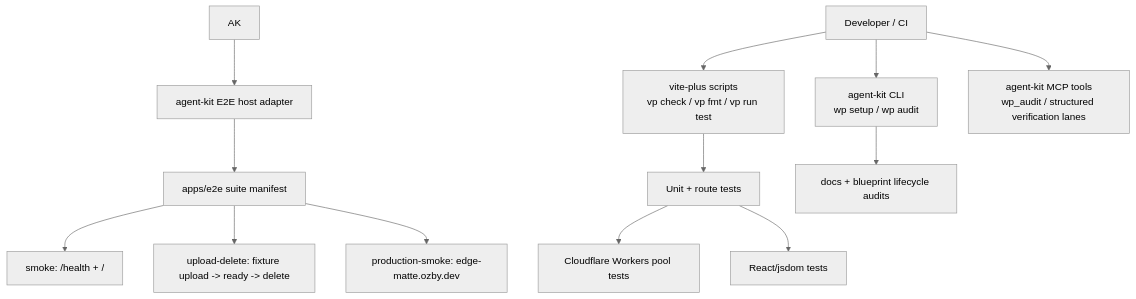
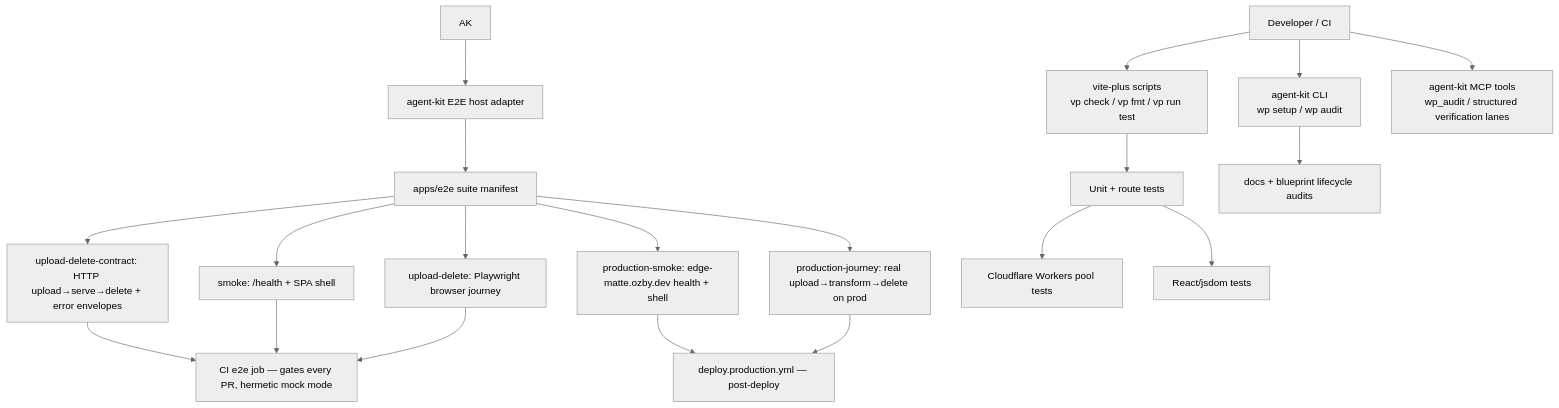
The eighth of 10 diagrams in docs/architecture.md (ozby/edge-matte), drawn with Mermaid (neutral theme) before and after one commit. The commit also changed other lines of this file and 20 other files, not shown here.

First line of the commit message:
test(e2e): full-fledged CI-green journey suite + fix delete-confirm panel

````diff
--- a/docs/architecture.md
+++ b/docs/architecture.md
@@ -256,18 +256,26 @@
 ```mermaid
 flowchart TD
     DEV[Developer / CI] --> VP[vite-plus scripts<br/>vp check / vp fmt / vp run test]
     DEV --> WP[agent-kit CLI<br/>wp setup / wp audit]
     DEV --> MCP[agent-kit MCP tools<br/>wp_audit / structured verification lanes]
 
     VP --> UNIT[Unit + route tests]
     UNIT --> WORKERS[Cloudflare Workers pool tests]
     UNIT --> REACT[React/jsdom tests]
 
     AK --> E2E[agent-kit E2E host adapter]
     E2E --> MANIFEST[apps/e2e suite manifest]
-    MANIFEST --> SMOKE[smoke: /health + /]
-    MANIFEST --> UPLOAD[upload-delete: fixture upload -> ready -> delete]
-    MANIFEST --> PROD[production-smoke: edge-matte.ozby.dev]
+    MANIFEST --> CONTRACT[upload-delete-contract: HTTP upload→serve→delete + error envelopes]
+    MANIFEST --> SMOKE[smoke: /health + SPA shell]
+    MANIFEST --> UPLOAD[upload-delete: Playwright browser journey]
+    MANIFEST --> PROD[production-smoke: edge-matte.ozby.dev health + shell]
+    MANIFEST --> PRODJOURNEY[production-journey: real upload→transform→delete on prod]
+
+    CONTRACT --> PRGATE[CI e2e job — gates every PR, hermetic mock mode]
+    SMOKE --> PRGATE
+    UPLOAD --> PRGATE
+    PROD --> POSTDEPLOY[deploy.production.yml — post-deploy]
+    PRODJOURNEY --> POSTDEPLOY
 
     WP --> DOCS[docs + blueprint lifecycle audits]
 ```
````
